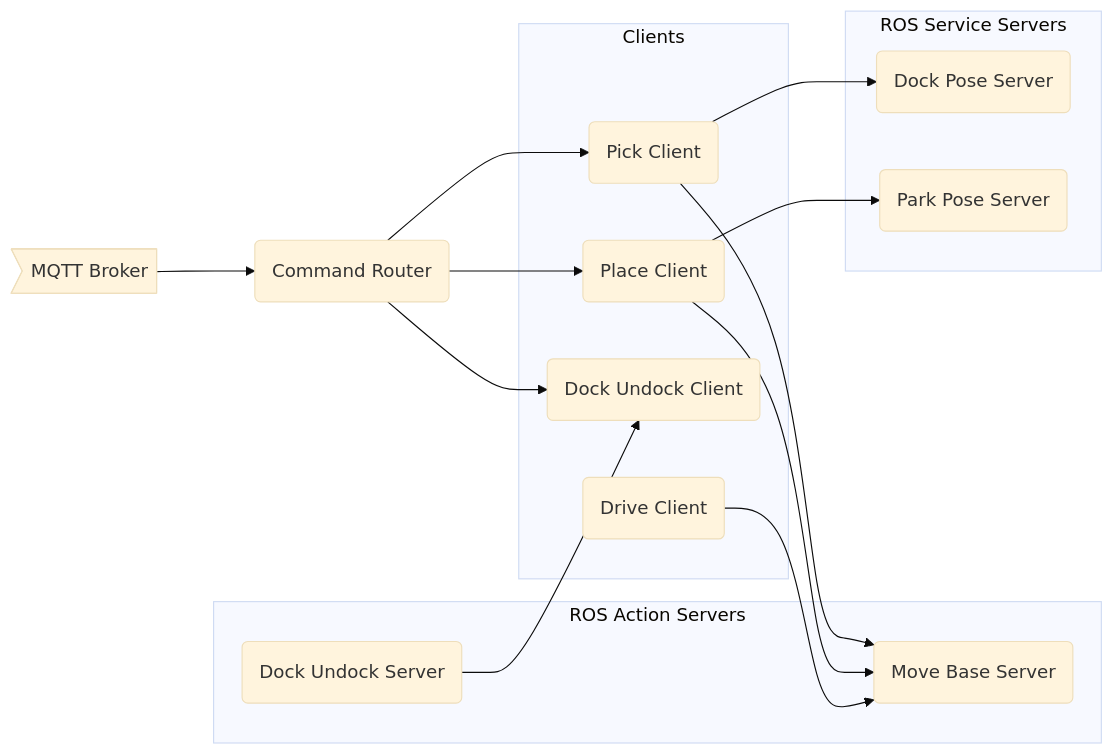
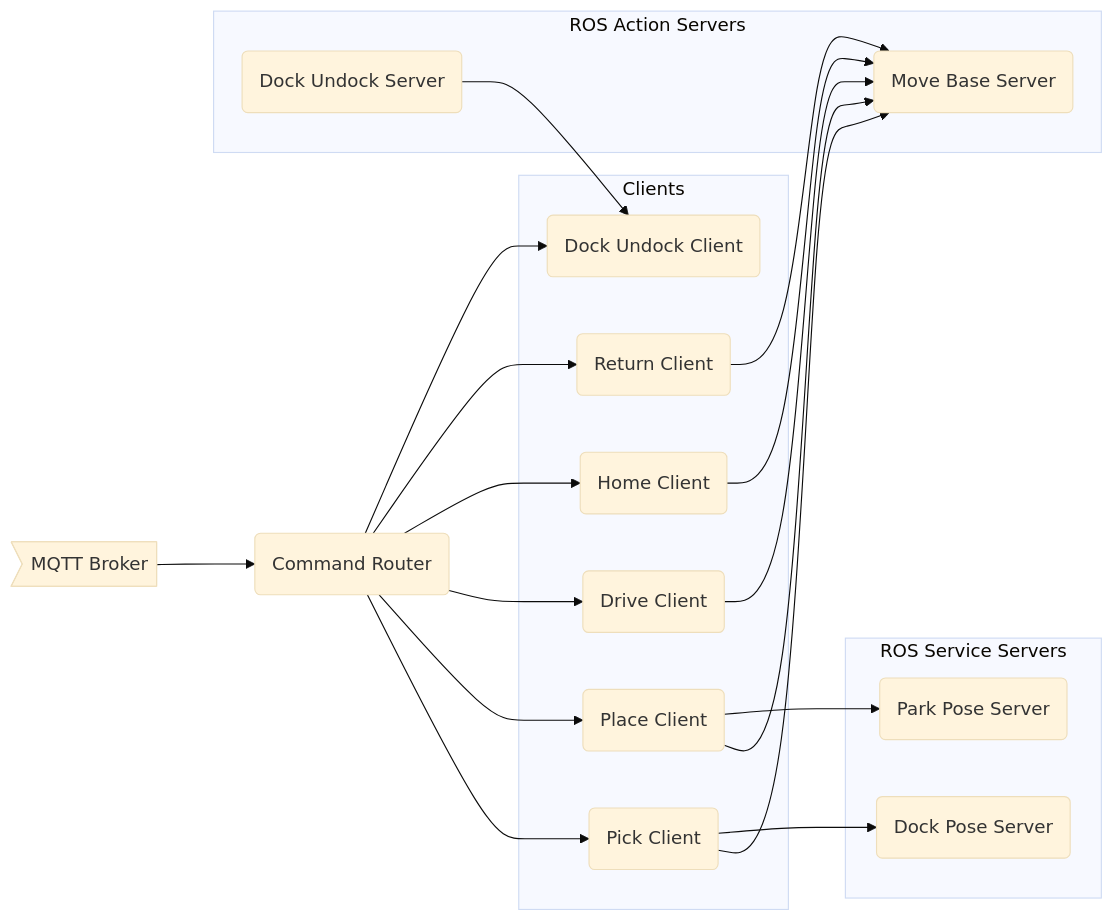
Before and after one commit to FLW-TUDO/fms_rob: the diagram in img/fms_rob_architecture_mermaid.md, drawn with Mermaid (base theme).

Commit message:
md file for image

````diff
--- a/img/fms_rob_architecture_mermaid.md
+++ b/img/fms_rob_architecture_mermaid.md
@@ -1,30 +1,45 @@
 ```mermaid
 graph LR;
   broker>MQTT Broker]-->router(Command Router);
   router-->pick(Pick Client);
   pick-->move(Move Base Server);
   router-->place(Place Client);
-  router-->dock_cl(Dock Undock Client);
   place-->move;
   drive(Drive Client)-->move;
+  router-->drive
   dock_se(Dock Undock Server)-->dock_cl;
+  router-->home(Home Client);
+  router-->return(Return Client);
   pick-->dock_po(Dock Pose Server);
   place-->park(Park Pose Server);
-  %% pick-->dynam(dynamic reconf server);
-  %% dynam-->dock_se;
+  router-->dock_cl(Dock Undock Client);
+  return-->move;
+  home-->move;
+  %%dynam(dynamic reconf)-->pick;
+  %%dynam-->place;
+  %%dynam-->return;
+  %%dynam-->home;
+  %%dynam-->dock_cl;
+  %%dock_se-->dynam;
   subgraph Clients
   pick
   place
   drive
+  home
+  return
   dock_cl
   end
   subgraph ROS Service Servers
   dock_po
   park
   end
   subgraph ROS Action Servers
   dock_se
   move
   end
+  %%subgraph Dynamic Reconfigure Server
+  %%dynam
+  %%end
+
 
 ```
````
